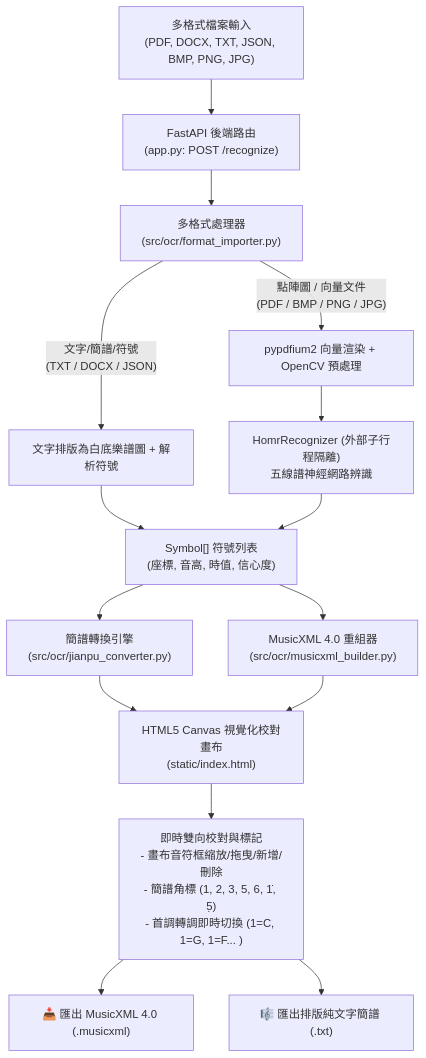
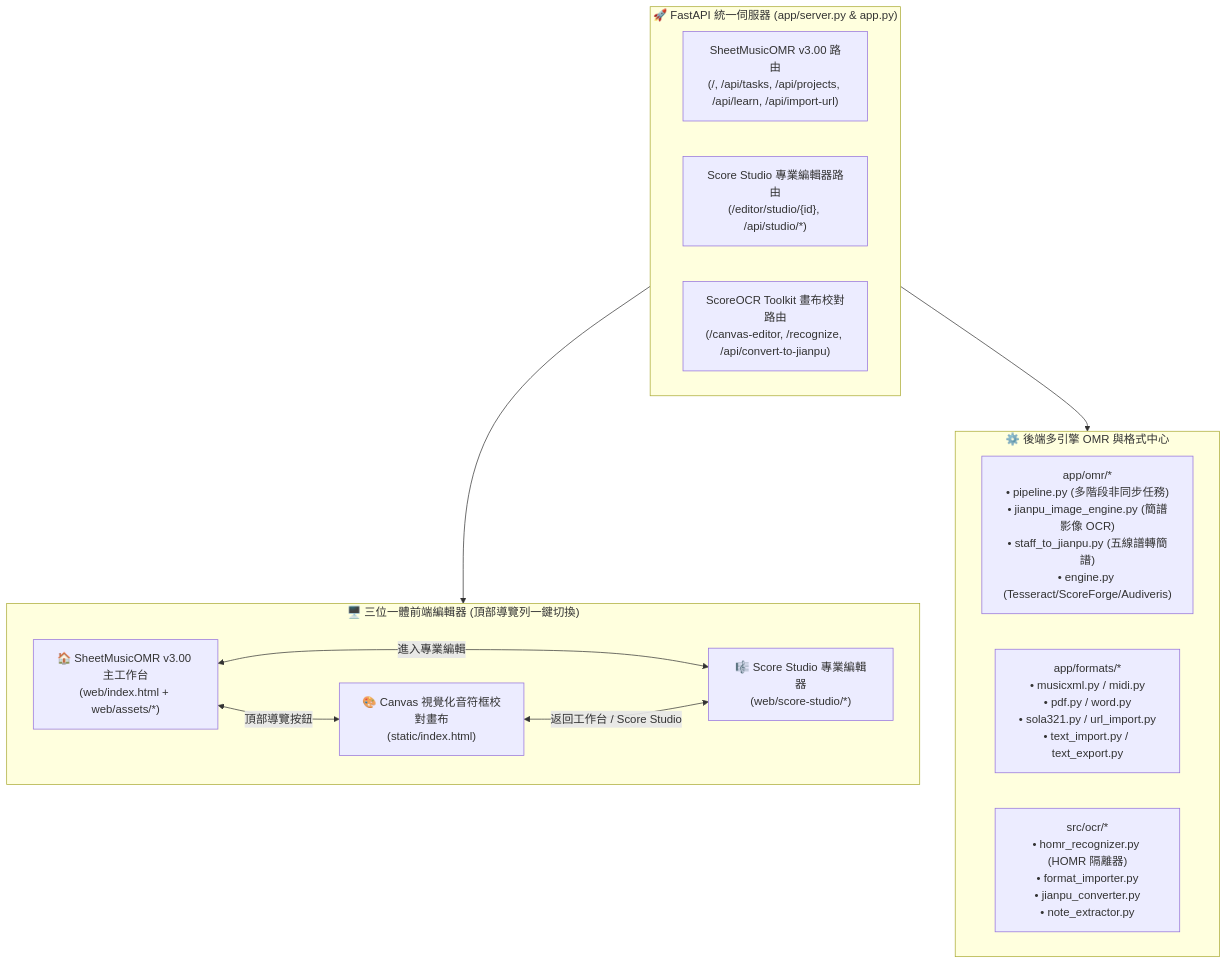
The diagram in PROJECT_HANDOVER.md (Jimmy-hankdress/score-ocr-toolkit), drawn with Mermaid before and after one commit. The commit also changed other lines of this file and 646 other files, not shown here.

Commit message:
Integrate SheetMusicOMR v3.00 full system, Score Studio editor, test suite, and documentation

````diff
--- a/PROJECT_HANDOVER.md
+++ b/PROJECT_HANDOVER.md
@@ -27,24 +28,26 @@
 ```mermaid
 flowchart TD
-    A["多格式檔案輸入<br/>(PDF, DOCX, TXT, JSON, BMP, PNG, JPG)"] --> B["FastAPI 後端路由<br/>(app.py: POST /recognize)"]
-    B --> C["多格式處理器<br/>(src/ocr/format_importer.py)"]
-    
-    C -->|"文字/簡譜/符號<br/>(TXT / DOCX / JSON)"| D1["文字排版為白底樂譜圖 + 解析符號"]
-    C -->|"點陣圖 / 向量文件<br/>(PDF / BMP / PNG / JPG)"| D2["pypdfium2 向量渲染 + OpenCV 預處理"]
-    
-    D2 --> E["HomrRecognizer (外部子行程隔離)<br/>五線譜神經網路辨識"]
-    
-    D1 --> F["Symbol[] 符號列表<br/>(座標, 音高, 時值, 信心度)"]
-    E --> F
-    
-    F --> G["簡譜轉換引擎<br/>(src/ocr/jianpu_converter.py)"]
-    F --> H["MusicXML 4.0 重組器<br/>(src/ocr/musicxml_builder.py)"]
-    
-    G --> I["HTML5 Canvas 視覺化校對畫布<br/>(static/index.html)"]
-    H --> I
-    
-    I --> J["即時雙向校對與標記<br/>- 畫布音符框縮放/拖曳/新增/刪除<br/>- 簡譜角標 (1, 2, 3, 5, 6, 1̇, 5̣)<br/>- 首調轉調即時切換 (1=C, 1=G, 1=F... )"]
-    
-    J --> K["📥 匯出 MusicXML 4.0 (.musicxml)"]
-    J --> L["🎼 匯出排版純文字簡譜 (.txt)"]
+    subgraph UnifiedServer["🚀 FastAPI 統一伺服器 (app/server.py & app.py)"]
+        R1["SheetMusicOMR v3.00 路由<br/>(/, /api/tasks, /api/projects, /api/learn, /api/import-url)"]
+        R2["Score Studio 專業編輯器路由<br/>(/editor/studio/{id}, /api/studio/*)"]
+        R3["ScoreOCR Toolkit 畫布校對路由<br/>(/canvas-editor, /recognize, /api/convert-to-jianpu)"]
+    end
+
+    subgraph FrontendSuite["🖥️ 三位一體前端編輯器 (頂部導覽列一鍵切換)"]
+        UI1["🏠 SheetMusicOMR v3.00 主工作台<br/>(web/index.html + web/assets/*)"]
+        UI2["🎼 Score Studio 專業編輯器<br/>(web/score-studio/*)"]
+        UI3["🎨 Canvas 視覺化音符框校對畫布<br/>(static/index.html)"]
+        UI1 <-->|"頂部導覽按鈕"| UI3
+        UI1 <-->|"進入專業編輯"| UI2
+        UI3 <-->|"返回工作台 / Score Studio"| UI2
+    end
+
+    subgraph BackendEngines["⚙️ 後端多引擎 OMR 與格式中心"]
+        B1["app/omr/*<br/>• pipeline.py (多階段非同步任務)<br/>• jianpu_image_engine.py (簡譜影像 OCR)<br/>• staff_to_jianpu.py (五線譜轉簡譜)<br/>• engine.py (Tesseract/ScoreForge/Audiveris)"]
+        B2["app/formats/*<br/>• musicxml.py / midi.py<br/>• pdf.py / word.py<br/>• sola321.py / url_import.py<br/>• text_import.py / text_export.py"]
+        B3["src/ocr/*<br/>• homr_recognizer.py (HOMR 隔離器)<br/>• format_importer.py<br/>• jianpu_converter.py<br/>• note_extractor.py"]
+    end
+
+    UnifiedServer --> FrontendSuite
+    UnifiedServer --> BackendEngines
 ```
````
